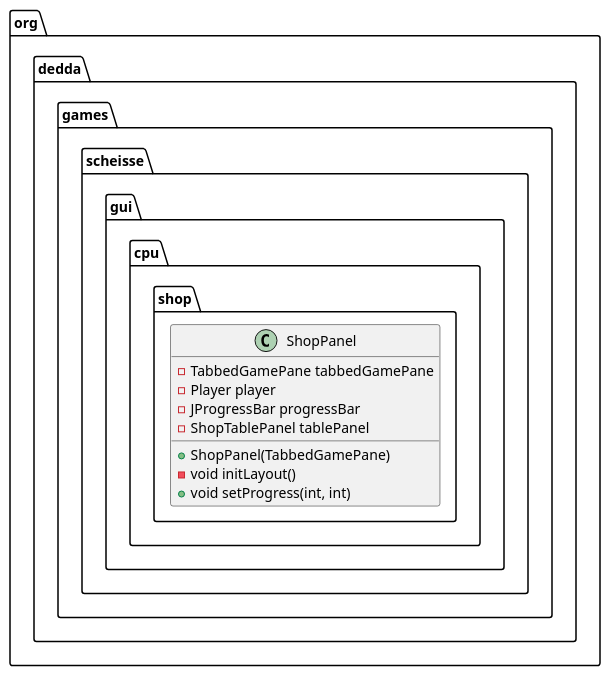
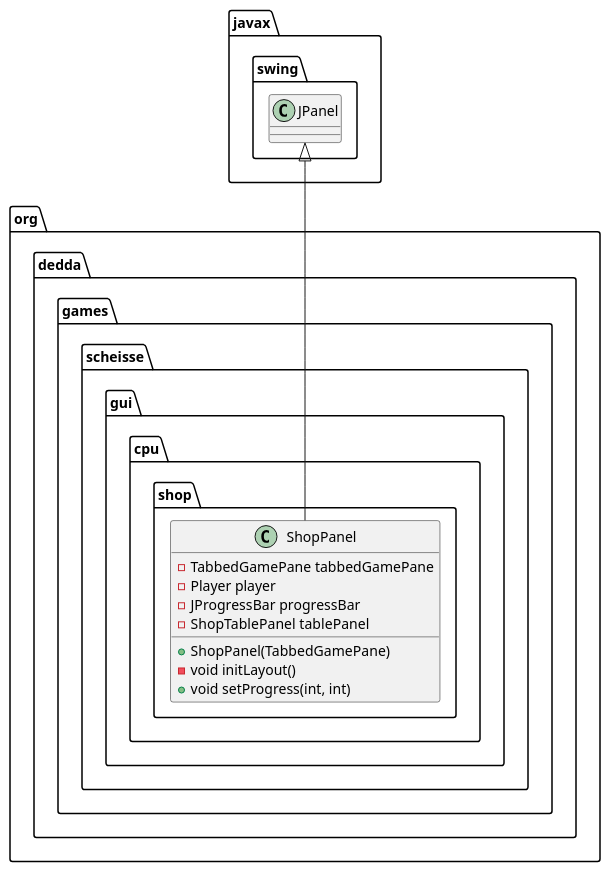
The diagram in uml/classes/org.dedda.games.scheisse.gui.cpu.shop.ShopPanel.puml (gitter-badger/scheisse), drawn with PlantUML before and after one commit. The commit also changed 16 other files, not shown here.

Commit message:
added more classes to uml and started to implement service client classes

```diff
--- a/uml/classes/org.dedda.games.scheisse.gui.cpu.shop.ShopPanel.puml
+++ b/uml/classes/org.dedda.games.scheisse.gui.cpu.shop.ShopPanel.puml
@@ -1,11 +1,15 @@
 @startuml
+class javax.swing.JPanel
+
 class org.dedda.games.scheisse.gui.cpu.shop.ShopPanel{
     - TabbedGamePane tabbedGamePane
     - Player player
     - JProgressBar progressBar
     - ShopTablePanel tablePanel
     + ShopPanel(TabbedGamePane)
     - void initLayout()
     + void setProgress(int, int)
 }
+
+javax.swing.JPanel <|-- org.dedda.games.scheisse.gui.cpu.shop.ShopPanel
 @enduml
```
